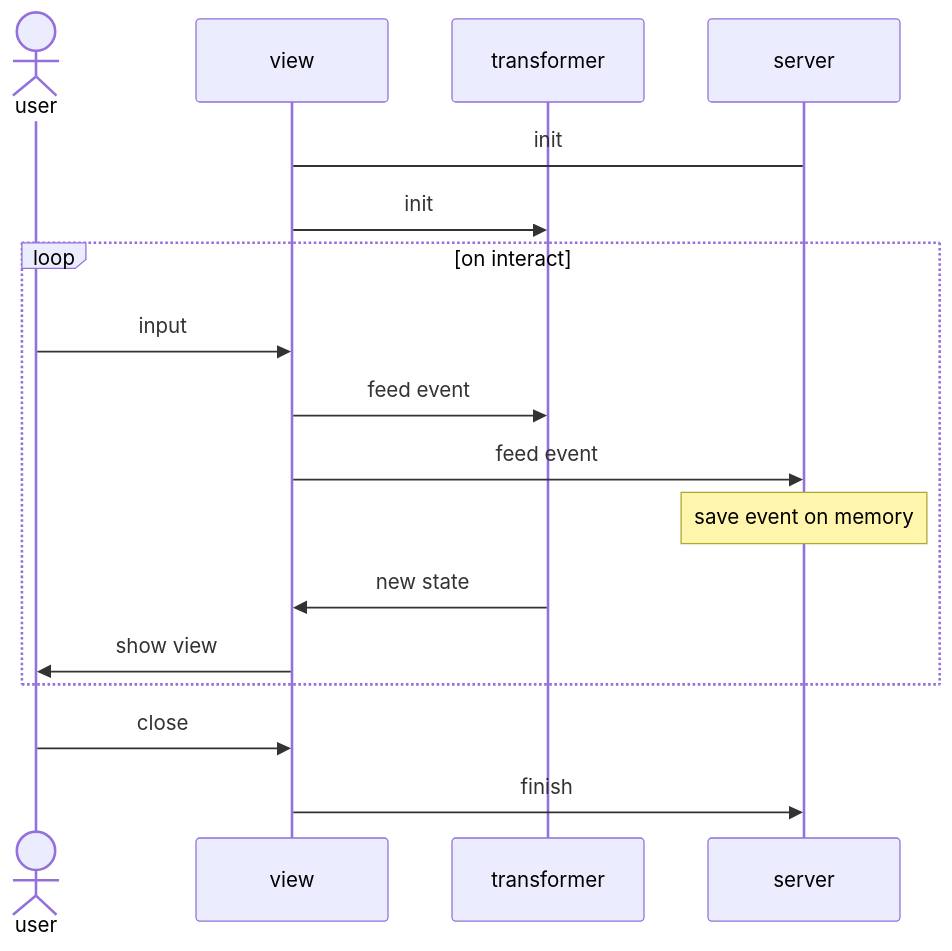
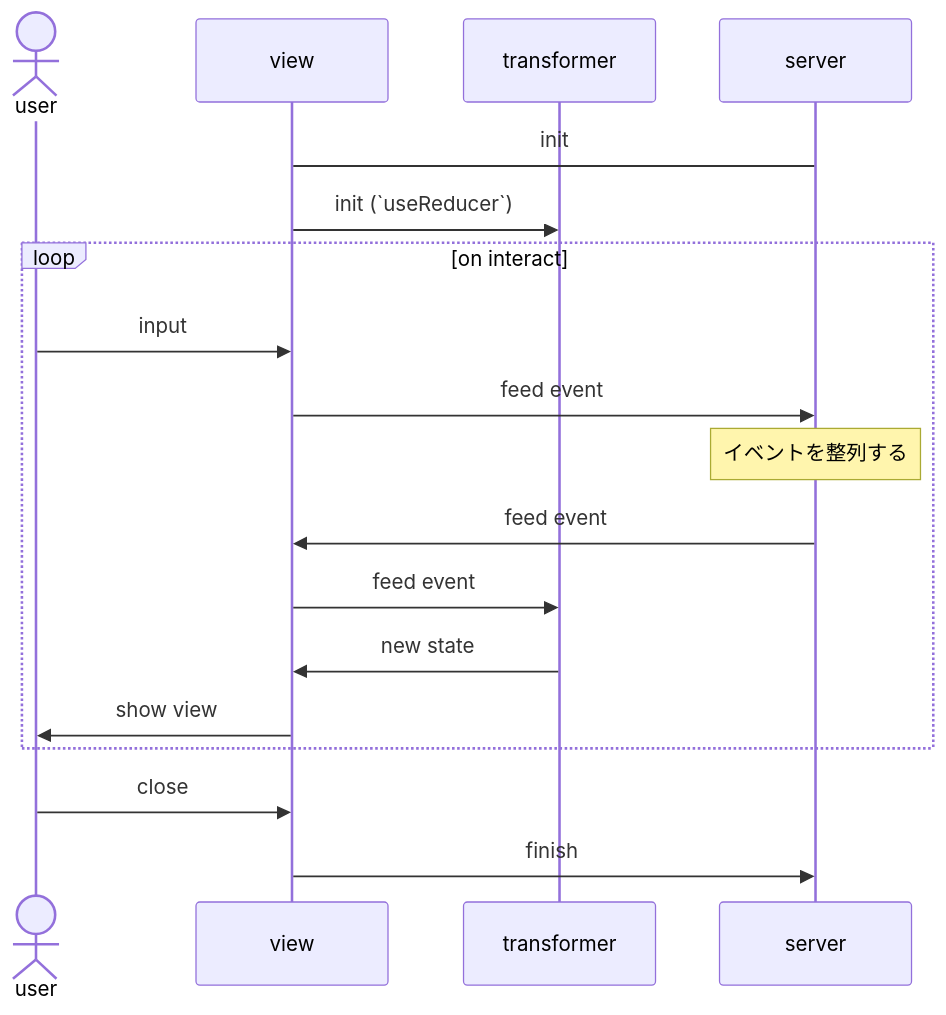
The fourth of 5 diagrams in readme.md (naoyafurudono/todo-app), drawn with Mermaid before and after one commit. The commit also changed other lines of this file, not shown here.

Commit message:
update sequencial diagrams

````diff
--- a/readme.md
+++ b/readme.md
@@ -143,20 +143,21 @@
 ```mermaid
 sequenceDiagram
     actor user
     participant view
     participant transformer
     participant server
 
     view -> server : init
-    view ->> transformer : init
+    view ->> transformer : init (`useReducer`)
     loop on interact
       user ->> view : input
+      view ->> server : feed event
+      note over server : イベントを整列する
+      server ->> view: feed event
       view ->> transformer: feed event
-      view ->> server : feed event
-      note over server : save event on memory
       transformer ->> view: new state
       view ->> user : show view
     end
-    user ->> view : close
+    user ->> view: close
     view ->> server : finish
 ```
````
